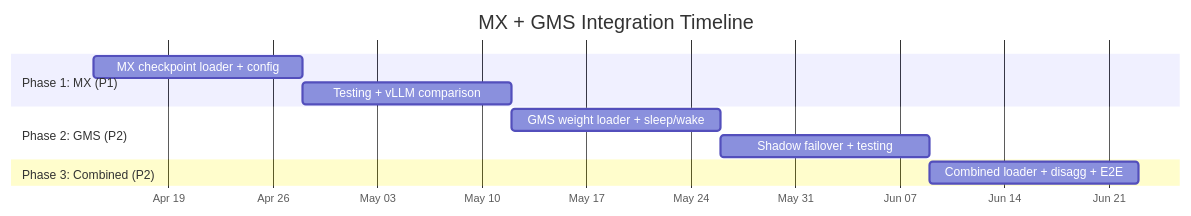
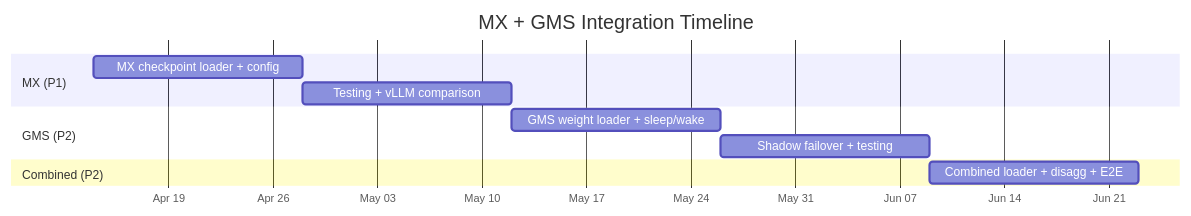
The second of 2 diagrams in docs/design/mx-gms-integration/04-implementation-plan.md (chienchunhung/TensorRT-LLM), drawn with Mermaid before and after one commit. The commit also changed other lines of this file, not shown here.

````diff
--- a/docs/design/mx-gms-integration/04-implementation-plan.md
+++ b/docs/design/mx-gms-integration/04-implementation-plan.md
@@ -155,17 +488,17 @@
 ```mermaid
 gantt
     title MX + GMS Integration Timeline
     dateFormat YYYY-MM-DD
     axisFormat %b %d
 
-    section Phase 1: MX (P1)
+    section MX (P1)
     MX checkpoint loader + config      :p1a, 2026-04-14, 2w
     Testing + vLLM comparison           :p1b, after p1a, 2w
 
-    section Phase 2: GMS (P2)
+    section GMS (P2)
     GMS weight loader + sleep/wake     :p2a, after p1b, 2w
     Shadow failover + testing          :p2b, after p2a, 2w
 
-    section Phase 3: Combined (P2)
+    section Combined (P2)
     Combined loader + disagg + E2E     :p3a, after p2b, 2w
 ```
````
